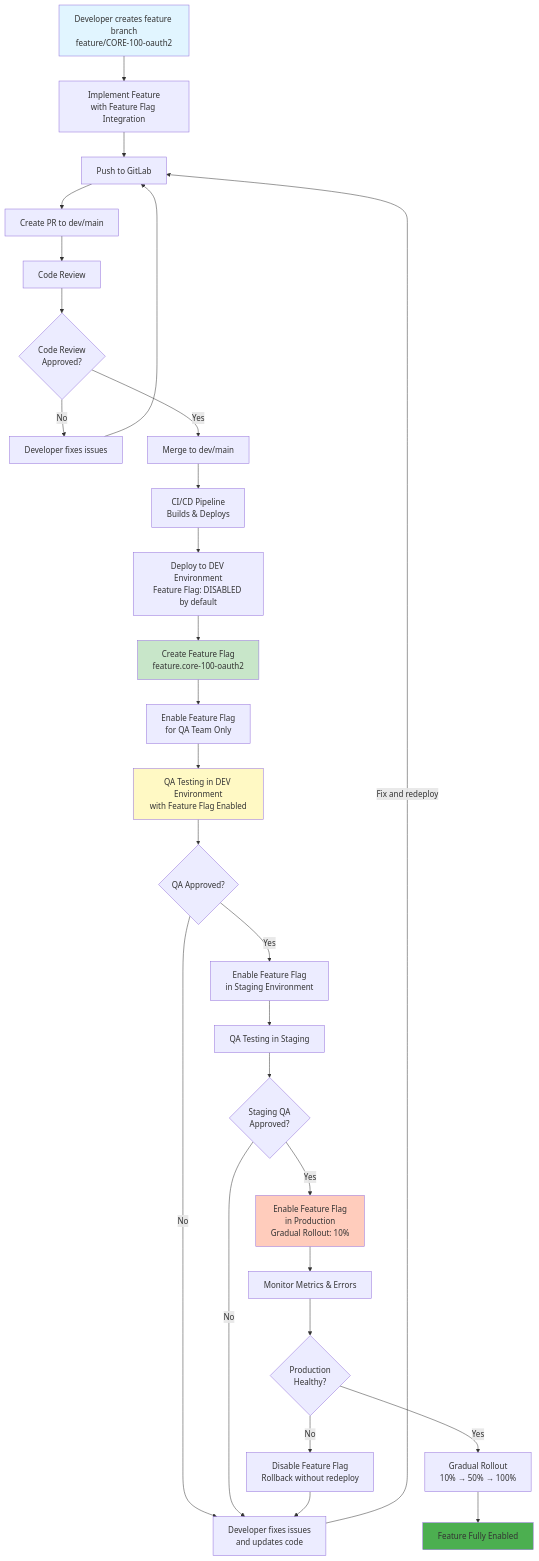
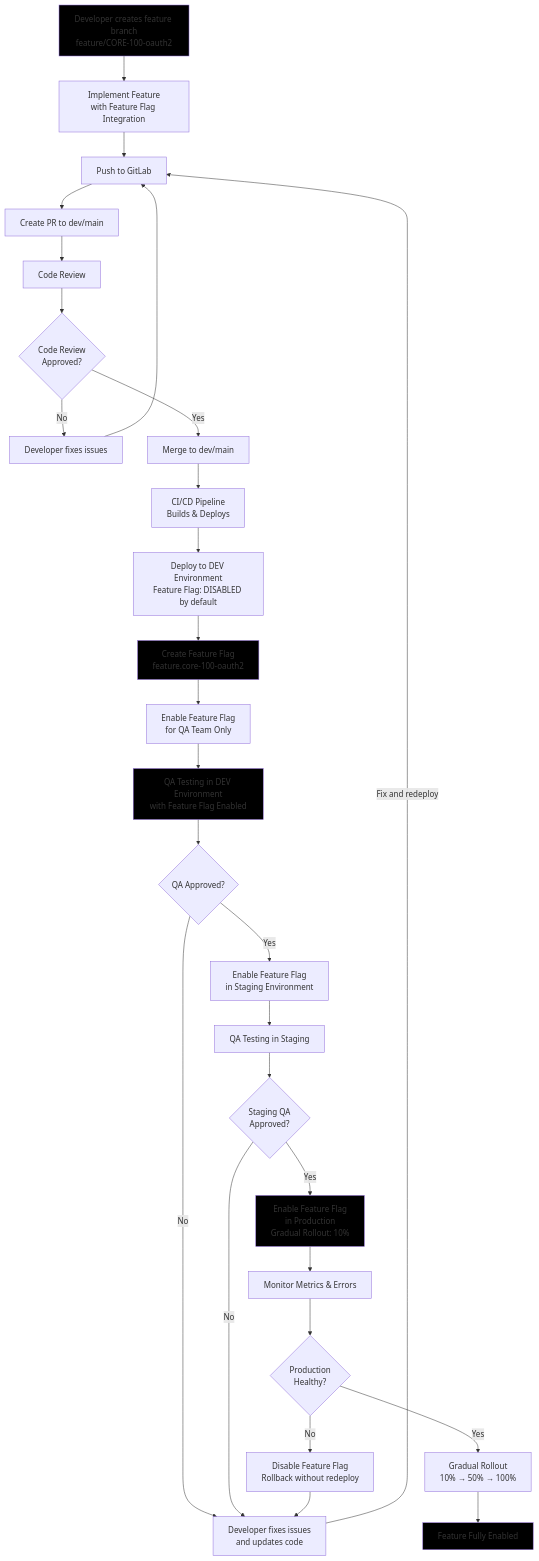
Before and after one commit to recferret-bit/finharbor: the sixth of 8 diagrams in index.md, drawn with Mermaid. The commit also changed other lines of this file and 1 other file, not shown here.

Commit message:
Refactor: Set all flowchart node styles to black

````diff
--- a/index.md
+++ b/index.md
@@ -1764,36 +1764,36 @@
 ```mermaid
 flowchart TD
     A[Developer creates feature branch<br/>feature/CORE-100-oauth2] --> B[Implement Feature<br/>with Feature Flag Integration]
     B --> C[Push to GitLab]
     C --> D[Create PR to dev/main]
     D --> E[Code Review]
     E --> F{Code Review<br/>Approved?}
     F -->|No| G[Developer fixes issues]
     G --> C
     F -->|Yes| H[Merge to dev/main]
     H --> I[CI/CD Pipeline<br/>Builds & Deploys]
     I --> J[Deploy to DEV Environment<br/>Feature Flag: DISABLED by default]
     J --> K[Create Feature Flag<br/>feature.core-100-oauth2]
     K --> L[Enable Feature Flag<br/>for QA Team Only]
     L --> M[QA Testing in DEV Environment<br/>with Feature Flag Enabled]
     M --> N{QA Approved?}
     N -->|No| O[Developer fixes issues<br/>and updates code]
     O -->|Fix and redeploy| C
     N -->|Yes| P[Enable Feature Flag<br/>in Staging Environment]
     P --> Q[QA Testing in Staging]
     Q --> R{Staging QA<br/>Approved?}
     R -->|No| O
     R -->|Yes| S[Enable Feature Flag<br/>in Production<br/>Gradual Rollout: 10%]
     S --> T[Monitor Metrics & Errors]
     T --> U{Production<br/>Healthy?}
     U -->|No| V[Disable Feature Flag<br/>Rollback without redeploy]
     V --> O
     U -->|Yes| W[Gradual Rollout<br/>10% → 50% → 100%]
     W --> X[Feature Fully Enabled]
     
-    style A fill:#e1f5ff
-    style K fill:#c8e6c9
-    style M fill:#fff9c4
-    style S fill:#ffccbc
-    style X fill:#4caf50
+    style A fill:#000000
+    style K fill:#000000
+    style M fill:#000000
+    style S fill:#000000
+    style X fill:#000000
 ```
````
